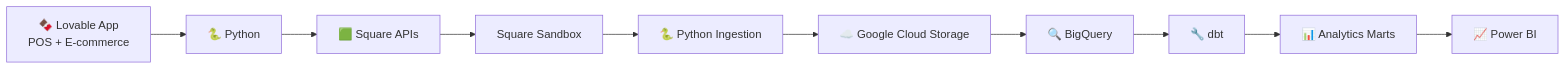
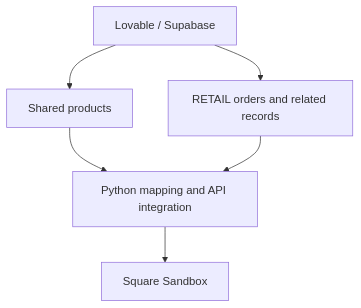
Before and after one commit to smmhk/chocolate-commerce-data-platform: the first of 3 diagrams in README.md, drawn with Mermaid. The commit also changed other lines of this file and 4 other files, not shown here.

````diff
--- a/README.md
+++ b/README.md
@@ -53,14 +55,8 @@
 ```mermaid
-flowchart LR
-
-    A["🍫 Lovable App<br/>POS + E-commerce"] --> B["🐍 Python"]
-    B --> C["🟩 Square APIs"]
-    C --> D["Square Sandbox"]
-
-    D --> E["🐍 Python Ingestion"]
-    E --> F["☁️ Google Cloud Storage"]
-    F --> G["🔍 BigQuery"]
-    G --> H["🔧 dbt"]
-    H --> I["📊 Analytics Marts"]
-    I --> J["📈 Power BI"]
+flowchart TD
+    A["Lovable / Supabase"] --> B["Shared products"]
+    A --> C["RETAIL orders and related records"]
+    B --> D["Python mapping and API integration"]
+    C --> D
+    D --> E["Square Sandbox"]
 ```
````
